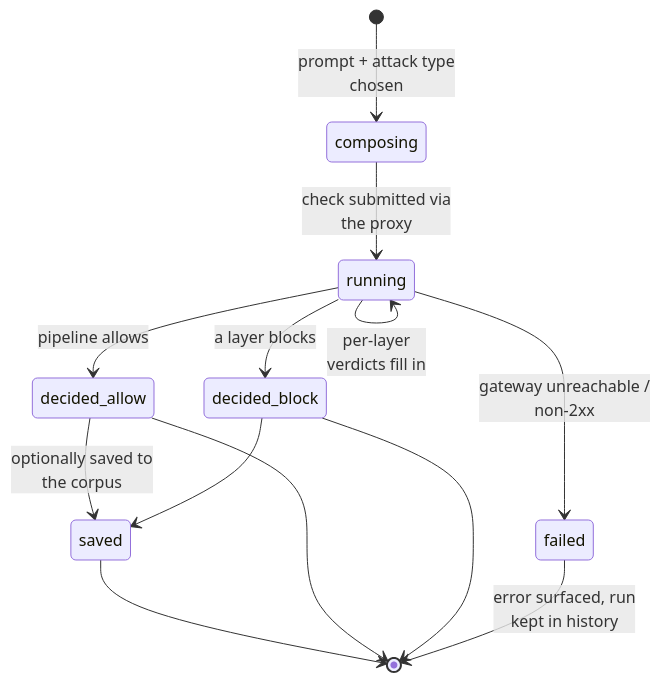
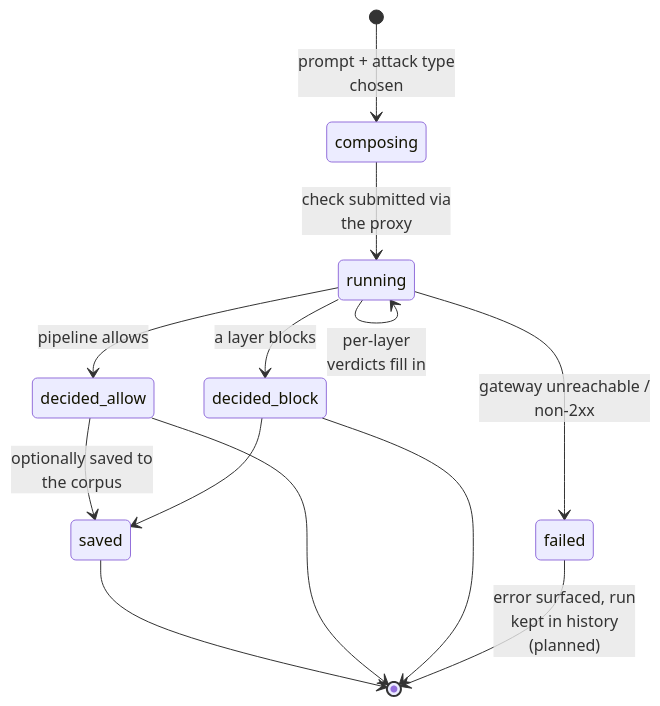
The sixth of 6 diagrams in docs/architecture.md (PACT-Toolkit/pact-web), drawn with Mermaid before and after one commit. The commit also changed other lines of this file, not shown here.

Commit message:
📝 fix architecture diagram inaccuracies in login and proxy flows

````diff
--- a/docs/architecture.md
+++ b/docs/architecture.md
@@ -180,15 +184,15 @@
 ```mermaid
 stateDiagram-v2
     [*] --> composing : prompt + attack type<br/>chosen
     composing --> running : check submitted via<br/>the proxy
     running --> running : per-layer<br/>verdicts fill in
     running --> decided_allow : pipeline allows
     running --> decided_block : a layer blocks
     running --> failed : gateway unreachable /<br/>non-2xx
     decided_allow --> saved : optionally saved to<br/>the corpus
     decided_block --> saved
     saved --> [*]
     decided_allow --> [*]
     decided_block --> [*]
-    failed --> [*] : error surfaced, run<br/>kept in history
+    failed --> [*] : error surfaced, run<br/>kept in history<br/>(planned)
 ```
````
